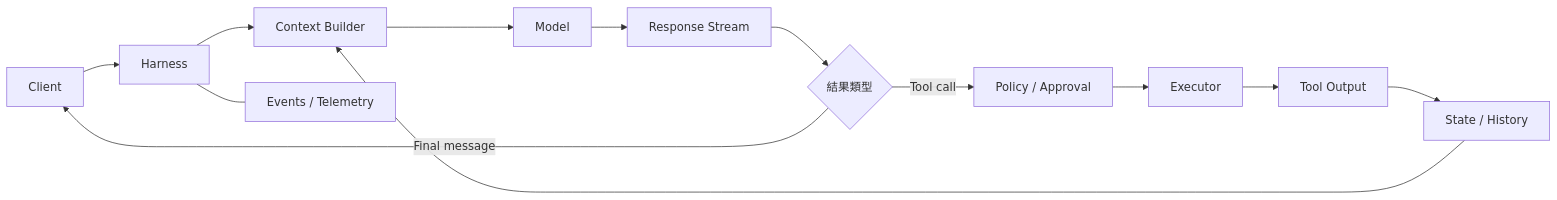
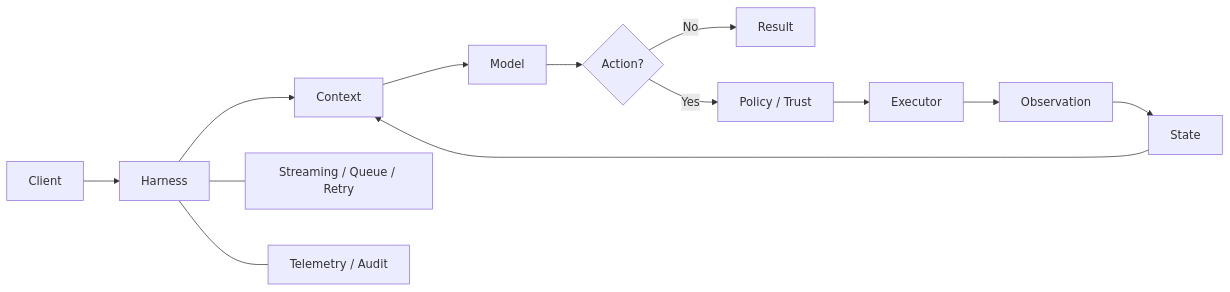
The fourth of 5 diagrams in docs/foundations/what-is-harness.md (indigofeather/harness-book), drawn with Mermaid before and after one commit. The commit also changed other lines of this file and 48 other files, not shown here.

````diff
--- a/docs/foundations/what-is-harness.md
+++ b/docs/foundations/what-is-harness.md
@@ -214,15 +261,15 @@
 ```mermaid
 flowchart LR
-  U[Client] --> H[Harness]
-  H --> C[Context Builder]
-  C --> M[Model]
-  M --> R[Response Stream]
-  R --> D{結果類型}
-  D -->|Final message| U
-  D -->|Tool call| P[Policy / Approval]
-  P --> X[Executor]
-  X --> O[Tool Output]
-  O --> S[State / History]
-  S --> C
-  H --- OBS[Events / Telemetry]
+  C[Client] --> H[Harness]
+  H --> X[Context]
+  X --> M[Model]
+  M --> A{Action?}
+  A -->|No| R[Result]
+  A -->|Yes| P[Policy / Trust]
+  P --> E[Executor]
+  E --> O[Observation]
+  O --> S[State]
+  S --> X
+  H --- Q[Streaming / Queue / Retry]
+  H --- T[Telemetry / Audit]
 ```
````
